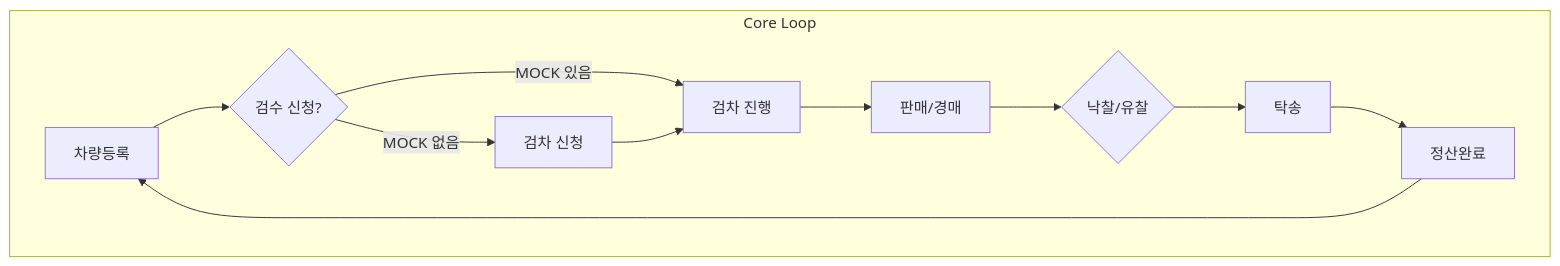
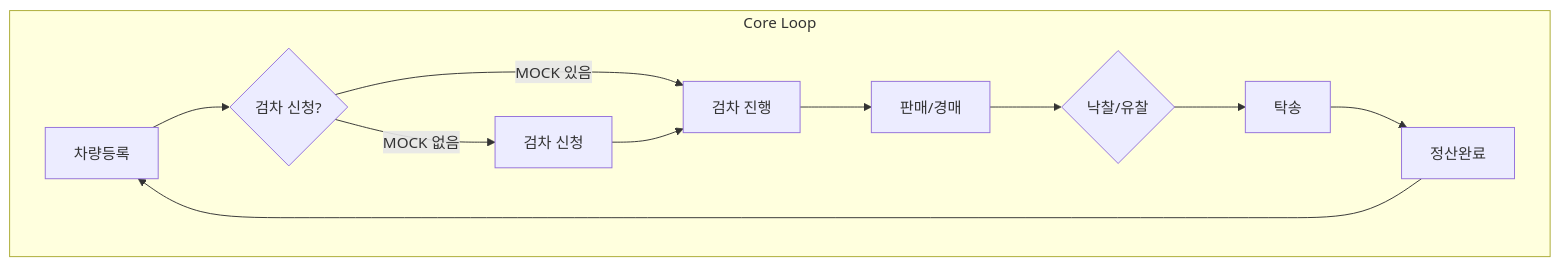
Before and after one commit to Siegfriex/carivdealer1229: the first of 3 diagrams in docs/CarivDealer_UserFlow.md, drawn with Mermaid. The commit also changed other lines of this file and 76 other files, not shown here.

````diff
--- a/docs/CarivDealer_UserFlow.md
+++ b/docs/CarivDealer_UserFlow.md
@@ -23,14 +24,14 @@
 ```mermaid
 flowchart TD
     subgraph Loop [Core Loop]
-        A[차량등록] --> B{검수 신청?}
+        A[차량등록] --> B{검차 신청?}
         B -->|MOCK 있음| C[검차 진행]
         B -->|MOCK 없음| D[검차 신청]
         D --> C
         C --> E[판매/경매]
         E --> F{낙찰/유찰}
         F --> G[탁송]
         G --> H[정산완료]
         H --> A
     end
 ```
````
